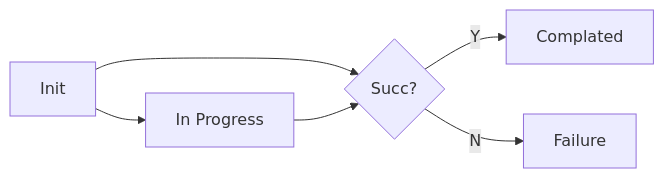
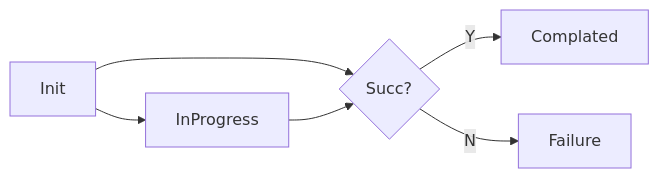
The first of 7 diagrams in docs/proposals/edge-node-tasks-status-enhancement.md (kubeedge/kubeedge), drawn with Mermaid before and after one commit. The commit also changed other lines of this file and 3 other files, not shown here.

````diff
--- a/docs/proposals/edge-node-tasks-status-enhancement.md
+++ b/docs/proposals/edge-node-tasks-status-enhancement.md
@@ -27,8 +30,8 @@
 ```mermaid
 graph LR
-A[Init] --> B[In Progress]
+A[Init] --> B[InProgress]
 A --> C{Succ?}
 B --> C
 C --> |Y| D[Complated]
 C --> |N| E[Failure]
 ```
````
